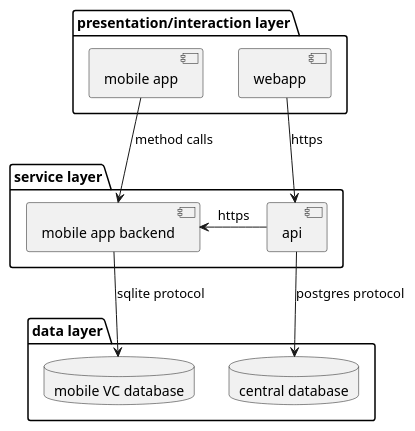
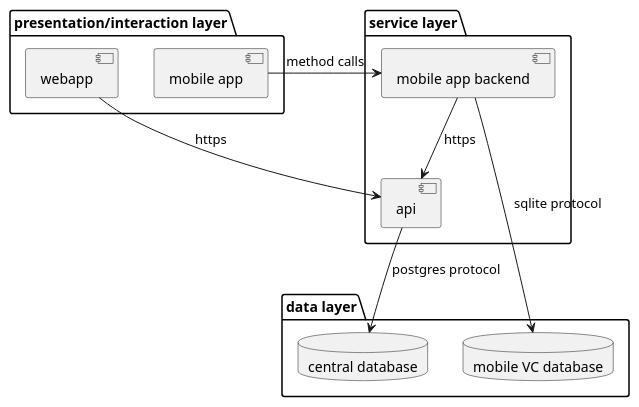
Before and after one commit to SelSolvID/docs: the diagram in diagrams/layer.puml, drawn with PlantUML.

Commit message:
fix arrow direction
fixes: #27

```diff
--- a/diagrams/layer.puml
+++ b/diagrams/layer.puml
@@ -1,23 +1,23 @@
 @startuml layer diagram
 package "presentation/interaction layer" as pil {
   [webapp] as wap
   [mobile app] as map
 }
 
 package "service layer" as sl {
   [api]
   [mobile app backend] as mab
 }
 
 package "data layer" as dl {
   database "central database" as cdb
   database "mobile VC database" as ldb
 }
 
 
 wap --> api : https
 map -> mab : method calls
 api --> cdb : postgres protocol
-api -> mab : https
+mab --> api : https
 mab --> ldb : sqlite protocol
 @enduml
```
